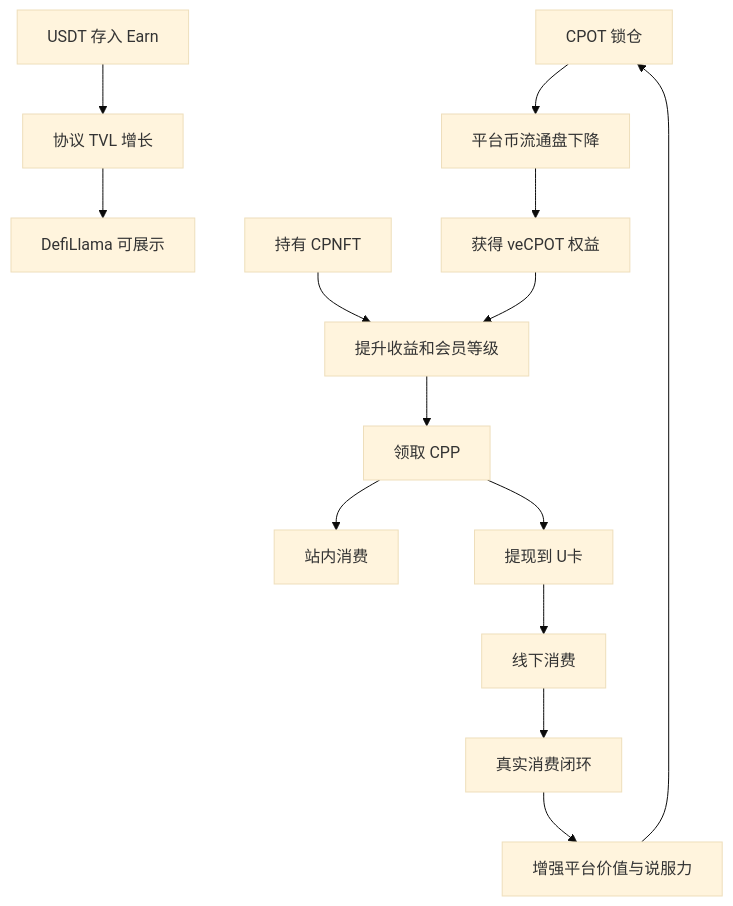
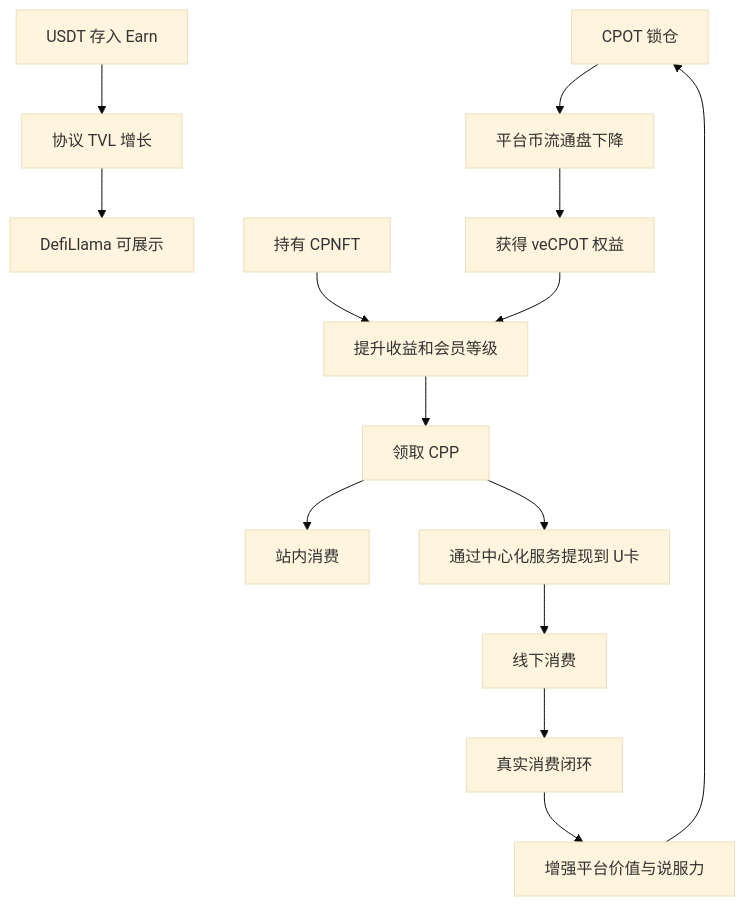
Diagram 11 of 11 in docs/Chapool-TVL-Product-Design.md (chapool/account-abstraction), drawn with Mermaid (base theme) before and after one commit. The commit also changed other lines of this file, not shown here.

````diff
--- a/docs/Chapool-TVL-Product-Design.md
+++ b/docs/Chapool-TVL-Product-Design.md
@@ -1426,16 +1457,16 @@
 ```mermaid
 flowchart TD
     A[USDT 存入 Earn] --> B[协议 TVL 增长]
     C[CPOT 锁仓] --> D[平台币流通盘下降]
     D --> E[获得 veCPOT 权益]
     E --> F[提升收益和会员等级]
     G[持有 CPNFT] --> F
     F --> H[领取 CPP]
     H --> I[站内消费]
-    H --> J[提现到 U卡]
+    H --> J[通过中心化服务提现到 U卡]
     J --> K[线下消费]
     K --> L[真实消费闭环]
     B --> M[DefiLlama 可展示]
     L --> N[增强平台价值与说服力]
     N --> C
 ```
````
